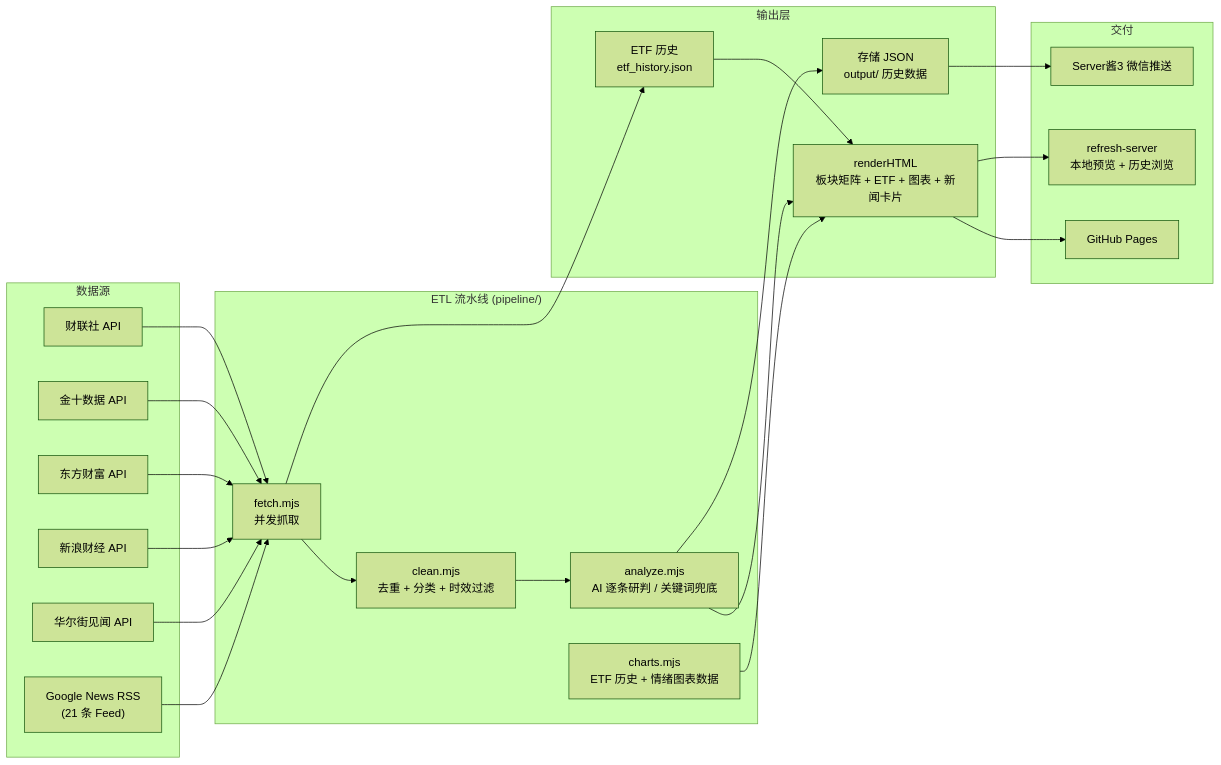
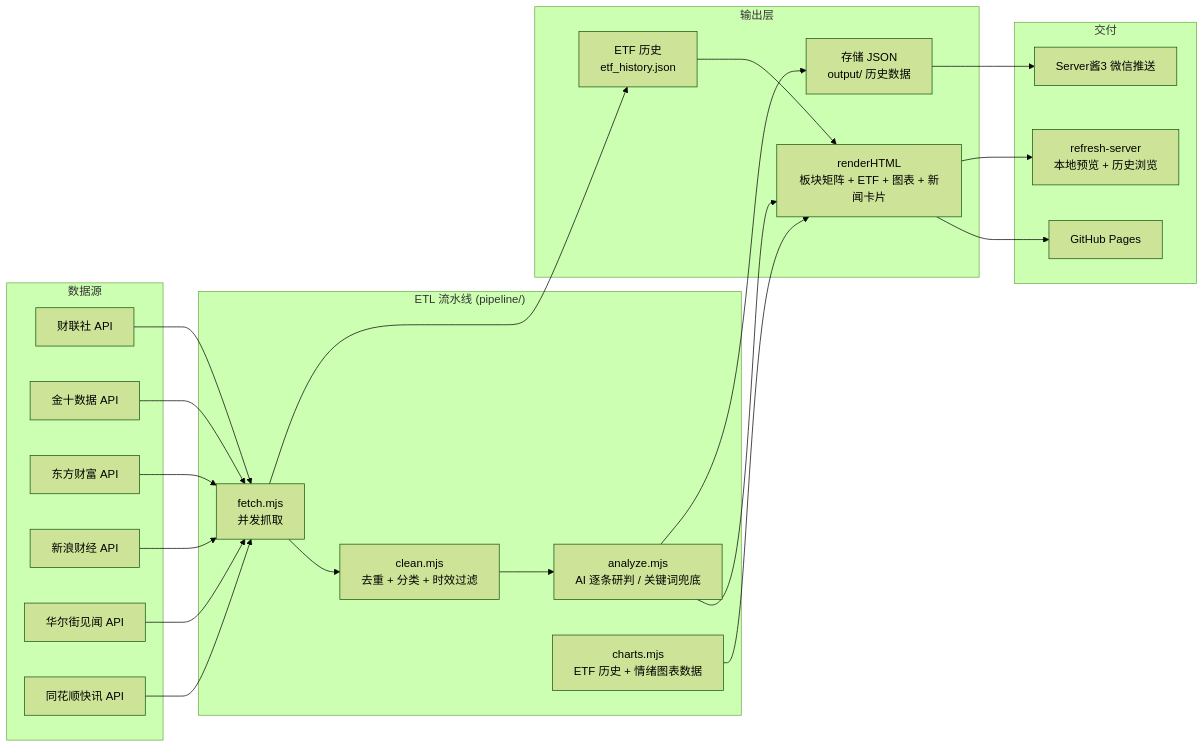
Before and after one commit to chanbigcool/daily-stock-news: the diagram in README.md, drawn with Mermaid (forest theme). The commit also changed other lines of this file and 18 other files, not shown here.

First line of the commit message:
阶段 B: 删掉 Google News RSS 整层, 换成两个实测过的国内直连源

````diff
--- a/README.md
+++ b/README.md
@@ -9,36 +9,36 @@
 ```mermaid
 flowchart LR
     subgraph Sources["数据源"]
         A1["财联社 API"]
         A2["金十数据 API"]
         A3["东方财富 API"]
         A4["新浪财经 API"]
         A5["华尔街见闻 API"]
-        A6["Google News RSS<br/>(21 条 Feed)"]
+        A6["同花顺快讯 API"]
     end
 
     subgraph Pipeline["ETL 流水线 (pipeline/)"]
         B1["fetch.mjs<br/>并发抓取"]
         B2["clean.mjs<br/>去重 + 分类 + 时效过滤"]
         B3["analyze.mjs<br/>AI 逐条研判 / 关键词兜底"]
         B4["charts.mjs<br/>ETF 历史 + 情绪图表数据"]
     end
 
     subgraph Output["输出层"]
         C1["renderHTML<br/>板块矩阵 + ETF + 图表 + 新闻卡片"]
         C2["存储 JSON<br/>output/ 历史数据"]
         C3["ETF 历史<br/>etf_history.json"]
     end
 
     subgraph Deploy["交付"]
         D1["GitHub Pages"]
         D2["Server酱3 微信推送"]
         D3["refresh-server<br/>本地预览 + 历史浏览"]
     end
 
     A1 & A2 & A3 & A4 & A5 & A6 --> B1 --> B2 --> B3 --> C1 & C2
     B1 --> C3 --> C1
     C1 --> D1 & D3
     B4 --> C1
     C2 --> D2
 ```
````
